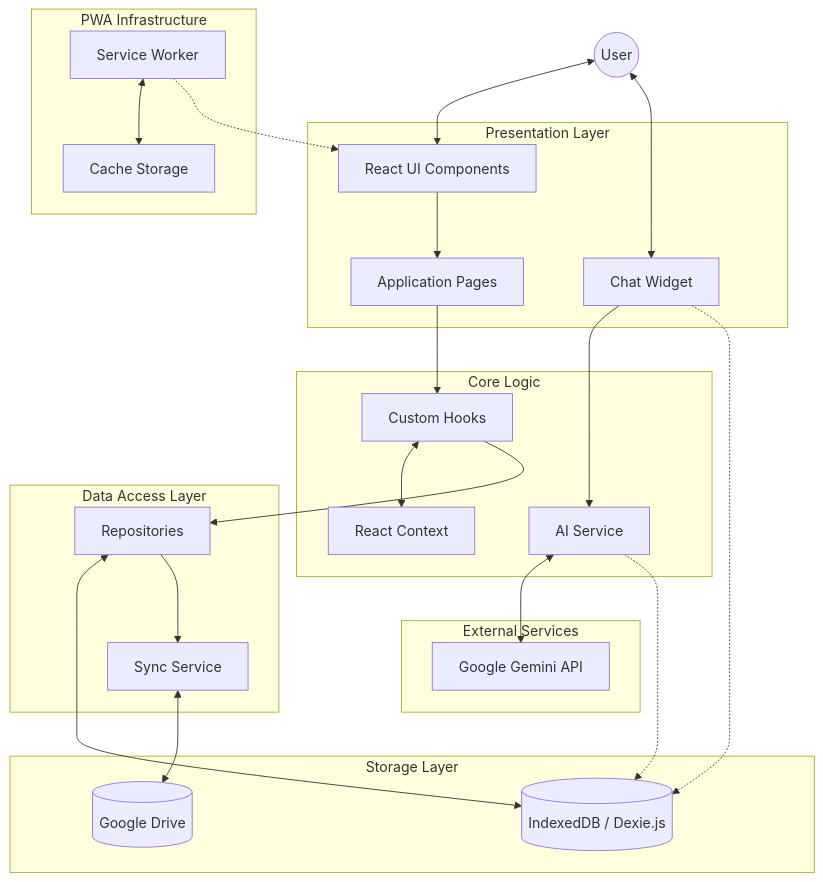
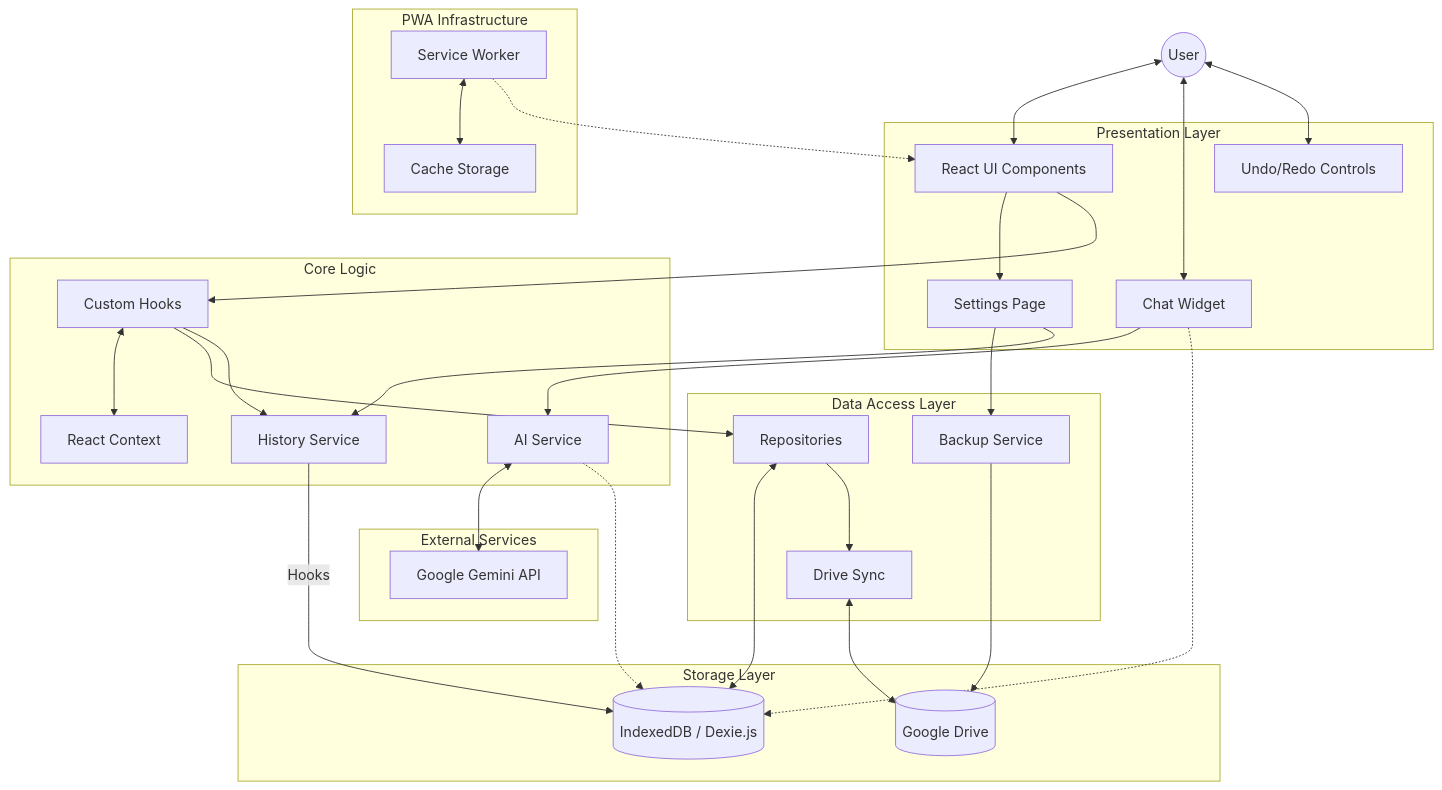
The diagram in README.md (swapnil-bhamat/Personal-Finance-PWA), drawn with Mermaid before and after one commit. The commit also changed other lines of this file, not shown here.

Commit message:
feat: add undo/redo system, enhance cloud backups with versioning and smart detection, and update the architecture diagram.

````diff
--- a/README.md
+++ b/README.md
@@ -27,53 +31,68 @@
 ```mermaid
 graph TD
     User((User))
 
     subgraph "Presentation Layer"
         UI[React UI Components]
         Chat[Chat Widget]
-        Pages[Application Pages]
+        UndoUI[Undo/Redo Controls]
+        Settings[Settings Page]
     end
 
     subgraph "Core Logic"
         Hooks[Custom Hooks]
         Context[React Context]
         AI[AI Service]
+        History[History Service]
     end
 
     subgraph "Data Access Layer"
         Repo[Repositories]
-        Sync[Sync Service]
+        Sync[Drive Sync]
+        Backup[Backup Service]
     end
 
     subgraph "Storage Layer"
         LocalDB[(IndexedDB / Dexie.js)]
         CloudDB[(Google Drive)]
     end
 
     subgraph "External Services"
         Gemini[Google Gemini API]
     end
 
     subgraph "PWA Infrastructure"
         SW[Service Worker]
         Cache[Cache Storage]
     end
 
     User <--> UI
     User <--> Chat
-    UI --> Pages
+    User <--> UndoUI
+
+    UI --> Settings
+    UI --> Hooks
+
     Chat --> AI
     Chat -.-> LocalDB
-    Pages --> Hooks
+
+    Settings --> Backup
+    Settings --> History
+
     Hooks <--> Context
     Hooks --> Repo
+    Hooks --> History
+
     AI <--> Gemini
     AI -.-> LocalDB
 
     Repo <--> LocalDB
+    History -- Hooks --> LocalDB
+
     Repo --> Sync
+    Backup --> CloudDB
     Sync <--> CloudDB
 
     SW <--> Cache
     SW -.-> UI
 ```
````
